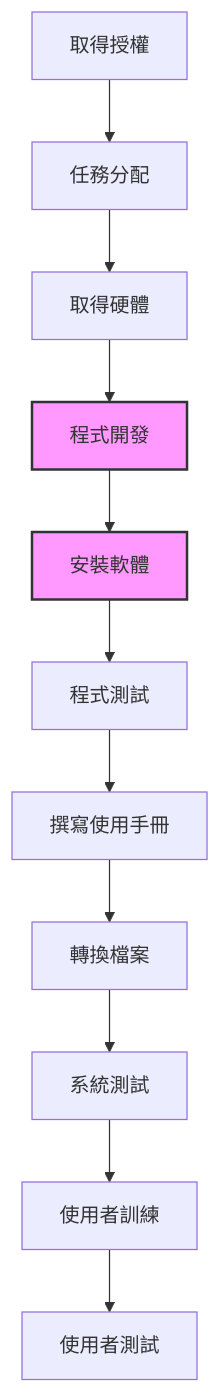
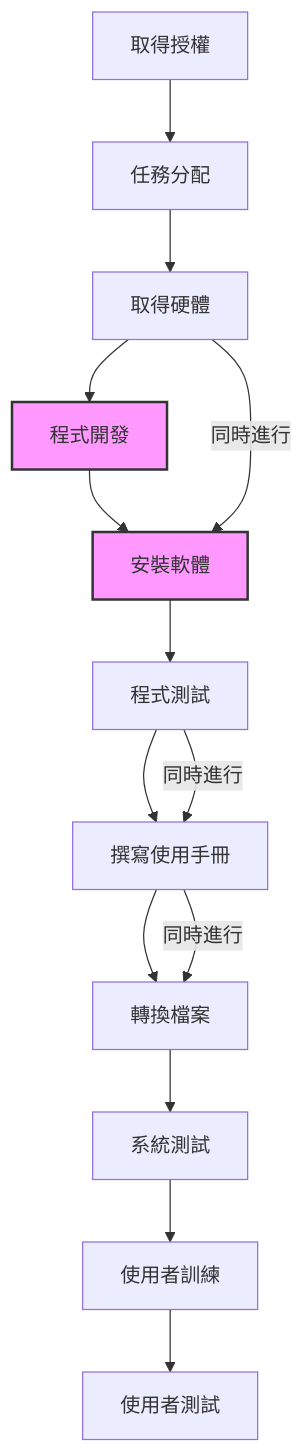
The second of 3 diagrams in hw2.md (babupersonal/homewoek-w1), drawn with Mermaid before and after one commit.

````diff
--- a/hw2.md
+++ b/hw2.md
@@ -22,17 +22,22 @@
 ```mermaid
 graph TD
     A[取得授權] --> B[任務分配]
     B --> C[取得硬體]
     C --> D[程式開發]
     D --> E[安裝軟體]
     E --> F[程式測試]
     F --> G[撰寫使用手冊]
     G --> H[轉換檔案]
     H --> I[系統測試]
     I --> J[使用者訓練]
     J --> K[使用者測試]
 
     style D fill:#f9f,stroke:#333,stroke-width:2px
     style E fill:#f9f,stroke:#333,stroke-width:2px
 
+    C -->|同時進行| E
+    G -->|同時進行| H
+    F -->|同時進行| G
+
+
 ```
````
